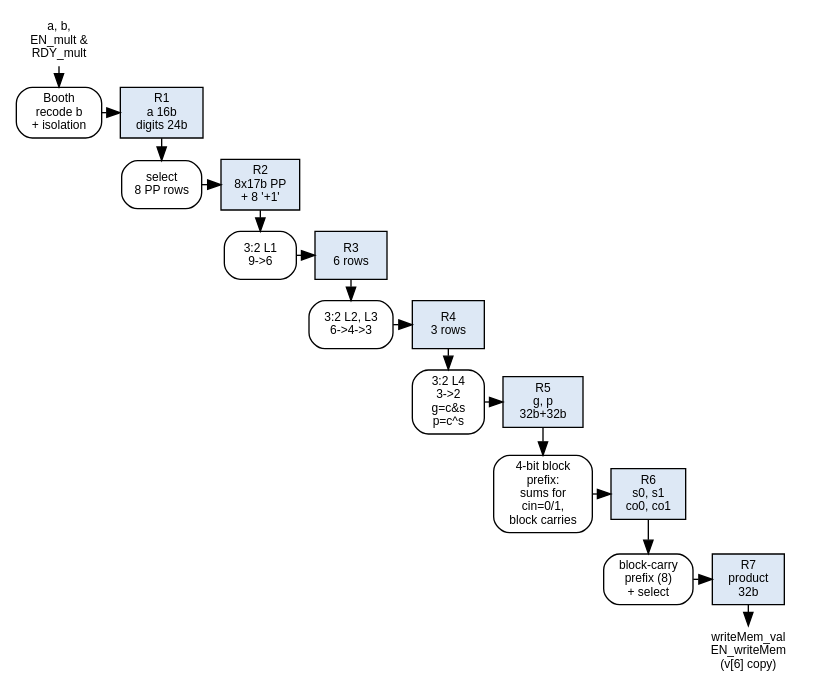
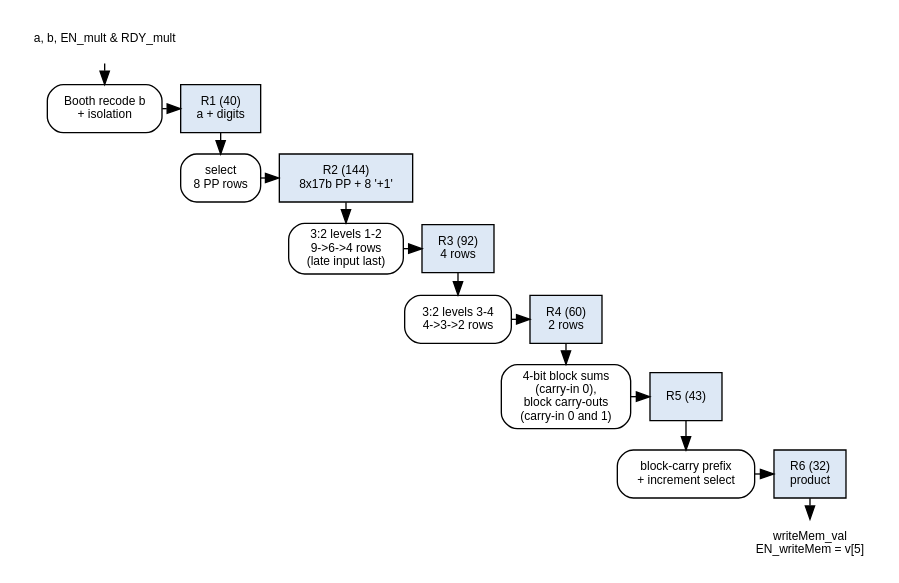
The diagram in submission/pdf_report/src/dp800.dot (amrsherif21/elec402-p2-open), drawn with Graphviz before and after one commit. The commit also changed 5 other files, not shown here.

```diff
--- a/submission/pdf_report/src/dp800.dot
+++ b/submission/pdf_report/src/dp800.dot
@@ -1,28 +1,20 @@
 digraph dp800 {
   rankdir=TB; newrank=true; bgcolor=white; nodesep=0.2; ranksep=0.22;
   node [fontname="Helvetica", fontsize=9];
-  in [shape=plaintext, label="a, b,\nEN_mult &\nRDY_mult"];
-  enc [shape=box, style=rounded, label="Booth\nrecode b\n+ isolation"];
-  r1 [shape=box, style=filled, fillcolor="#dde8f5", label="R1\na 16b\ndigits 24b"];
+  in [shape=plaintext, label="a, b, EN_mult & RDY_mult"];
+  enc [shape=box, style=rounded, label="Booth recode b\n+ isolation"];
+  r1 [shape=box, style=filled, fillcolor="#dde8f5", label="R1 (40)\na + digits"];
   pp [shape=box, style=rounded, label="select\n8 PP rows"];
-  r2 [shape=box, style=filled, fillcolor="#dde8f5", label="R2\n8x17b PP\n+ 8 '+1'"];
-  c1 [shape=box, style=rounded, label="3:2 L1\n9->6"];
-  r3 [shape=box, style=filled, fillcolor="#dde8f5", label="R3\n6 rows"];
-  c23 [shape=box, style=rounded, label="3:2 L2, L3\n6->4->3"];
-  r4 [shape=box, style=filled, fillcolor="#dde8f5", label="R4\n3 rows"];
-  c4 [shape=box, style=rounded, label="3:2 L4\n3->2\ng=c&s\np=c^s"];
-  r5 [shape=box, style=filled, fillcolor="#dde8f5", label="R5\ng, p\n32b+32b"];
-  ca [shape=box, style=rounded, label="4-bit block\nprefix:\nsums for\ncin=0/1,\nblock carries"];
-  r6 [shape=box, style=filled, fillcolor="#dde8f5", label="R6\ns0, s1\nco0, co1"];
-  cb [shape=box, style=rounded, label="block-carry\nprefix (8)\n+ select"];
-  r7 [shape=box, style=filled, fillcolor="#dde8f5", label="R7\nproduct\n32b"];
-  out [shape=plaintext, label="writeMem_val\nEN_writeMem\n(v[6] copy)"];
-  in -> enc -> r1 -> pp -> r2 -> c1 -> r3 -> c23 -> r4 -> c4 -> r5 -> ca -> r6 -> cb -> r7 -> out;
-  {rank=same; enc; r1;}
-  {rank=same; pp; r2;}
-  {rank=same; c1; r3;}
-  {rank=same; c23; r4;}
-  {rank=same; c4; r5;}
-  {rank=same; ca; r6;}
-  {rank=same; cb; r7;}
+  r2 [shape=box, style=filled, fillcolor="#dde8f5", label="R2 (144)\n8x17b PP + 8 '+1'"];
+  c12 [shape=box, style=rounded, label="3:2 levels 1-2\n9->6->4 rows\n(late input last)"];
+  r3 [shape=box, style=filled, fillcolor="#dde8f5", label="R3 (92)\n4 rows"];
+  c34 [shape=box, style=rounded, label="3:2 levels 3-4\n4->3->2 rows"];
+  r4 [shape=box, style=filled, fillcolor="#dde8f5", label="R4 (60)\n2 rows"];
+  ca [shape=box, style=rounded, label="4-bit block sums\n(carry-in 0),\nblock carry-outs\n(carry-in 0 and 1)"];
+  r5 [shape=box, style=filled, fillcolor="#dde8f5", label="R5 (43)"];
+  cb [shape=box, style=rounded, label="block-carry prefix\n+ increment select"];
+  r6 [shape=box, style=filled, fillcolor="#dde8f5", label="R6 (32)\nproduct"];
+  out [shape=plaintext, label="writeMem_val\nEN_writeMem = v[5]"];
+  in -> enc -> r1 -> pp -> r2 -> c12 -> r3 -> c34 -> r4 -> ca -> r5 -> cb -> r6 -> out;
+  {rank=same; enc; r1;} {rank=same; pp; r2;} {rank=same; c12; r3;} {rank=same; c34; r4;} {rank=same; ca; r5;} {rank=same; cb; r6;}
 }
```
